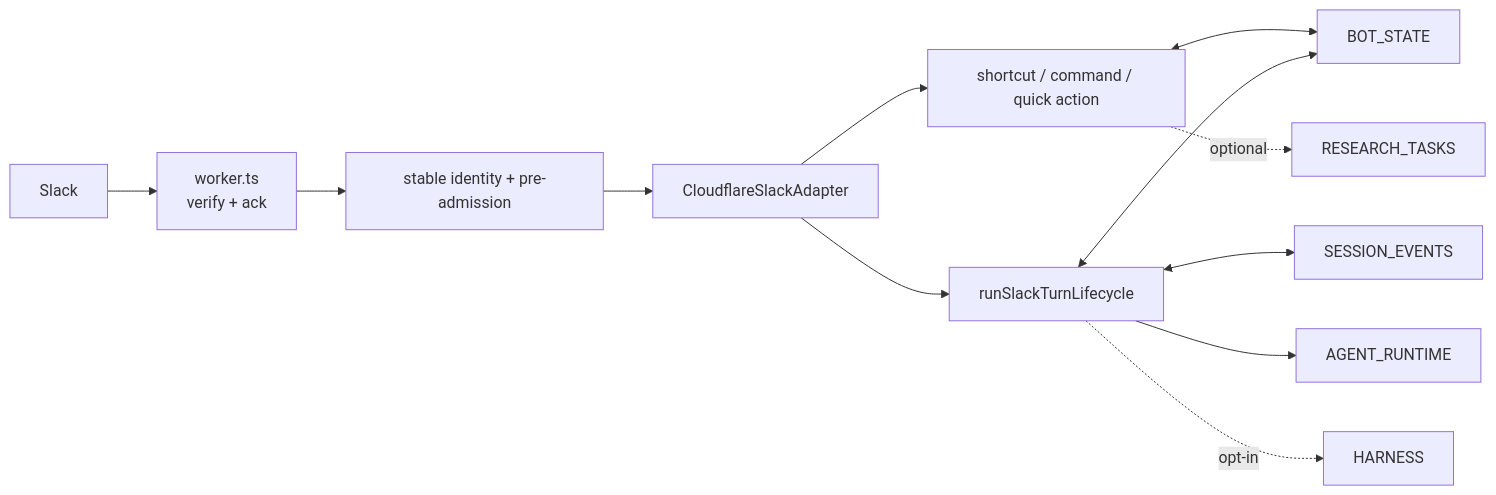
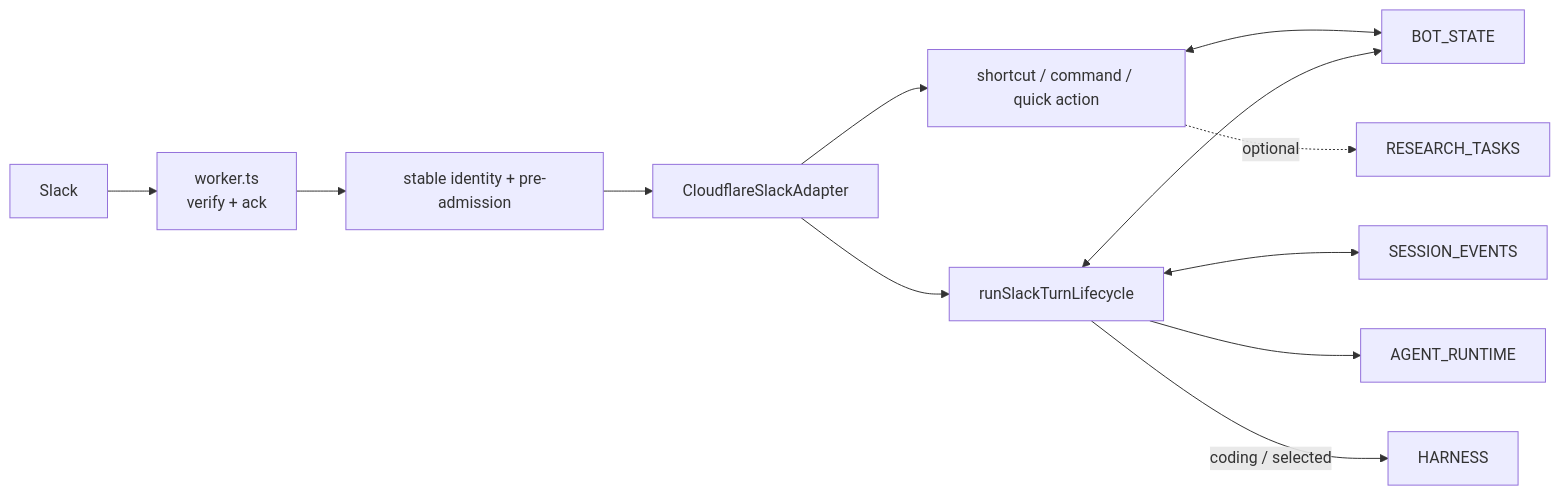
Before and after one commit to wcordelo/opentag: the diagram in edge/README.md, drawn with Mermaid. The commit also changed other lines of this file and 14 other files, not shown here.

Commit message:
Document production Claudex architecture

````diff
--- a/edge/README.md
+++ b/edge/README.md
@@ -49,14 +54,14 @@
 ```mermaid
 flowchart LR
     Slack["Slack"] --> Verify["worker.ts<br/>verify + ack"]
     Verify --> Pre["stable identity + pre-admission"]
     Pre --> Adapter["CloudflareSlackAdapter"]
     Adapter --> Fast["shortcut / command / quick action"]
     Adapter --> Life["runSlackTurnLifecycle"]
     Fast <--> State["BOT_STATE"]
     Life <--> State
     Life <--> Events["SESSION_EVENTS"]
     Life --> Agent["AGENT_RUNTIME"]
-    Life -. opt-in .-> Harness["HARNESS"]
+    Life -->|"coding / selected"| Harness["HARNESS"]
     Fast -. optional .-> Research["RESEARCH_TASKS"]
 ```
````
